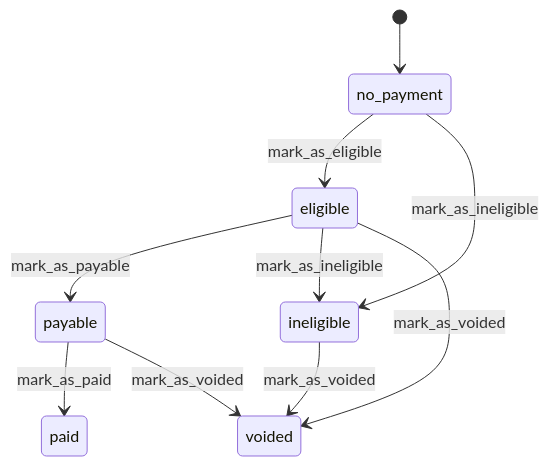
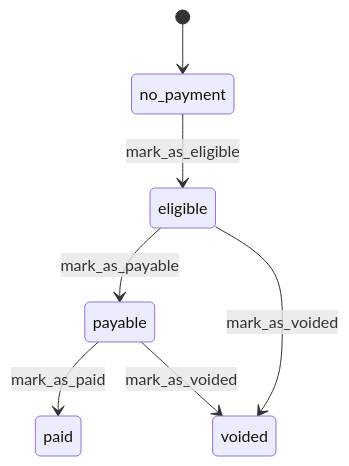
Before and after one commit to DFE-Digital/register-early-career-teachers-public: the second of 3 diagrams in documentation/state-machines.md, drawn with Mermaid. The commit also changed other lines of this file and 13 other files, not shown here.

````diff
--- a/documentation/state-machines.md
+++ b/documentation/state-machines.md
@@ -63,12 +63,9 @@
 ```mermaid
 stateDiagram-v2
   [*] --> no_payment
   no_payment --> eligible : mark_as_eligible
-  no_payment --> ineligible: mark_as_ineligible
   eligible --> payable : mark_as_payable
   payable --> paid : mark_as_paid
-  eligible --> ineligible : mark_as_ineligible
   eligible --> voided : mark_as_voided
   payable --> voided : mark_as_voided
-  ineligible --> voided : mark_as_voided
 ```
````
